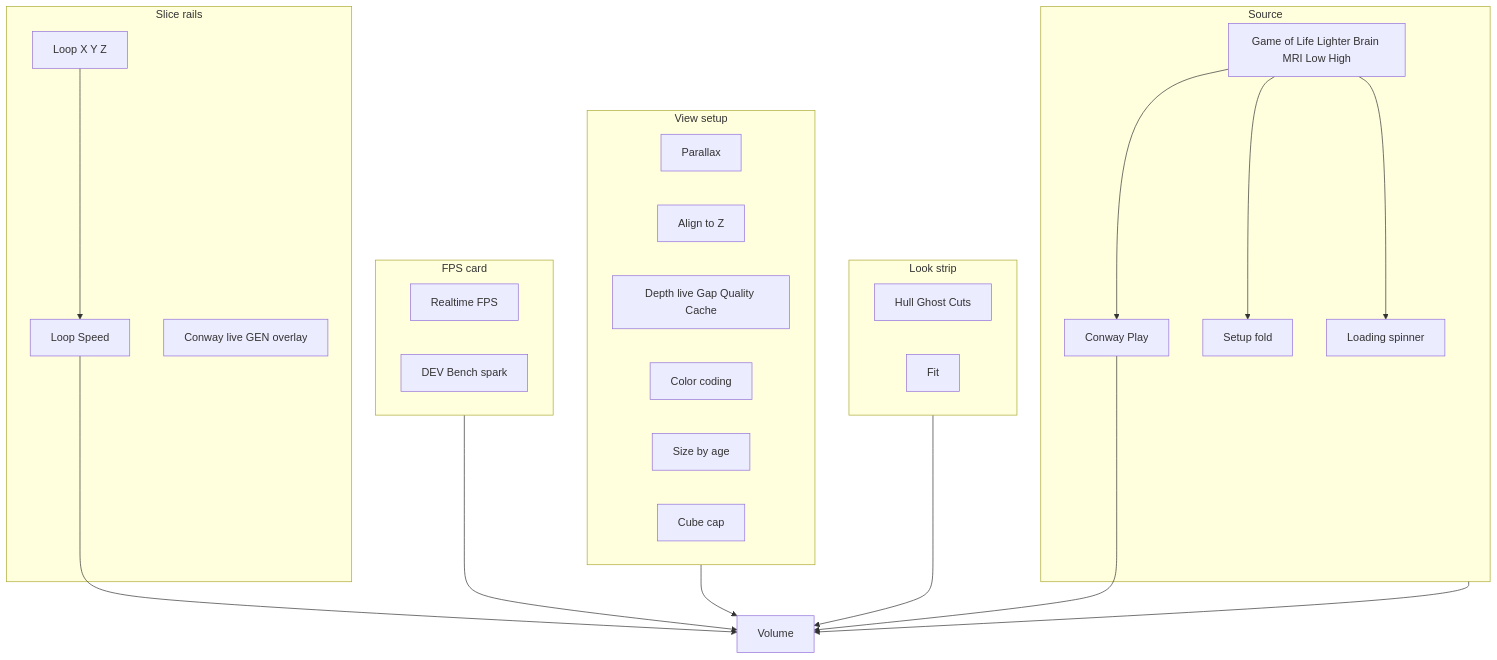
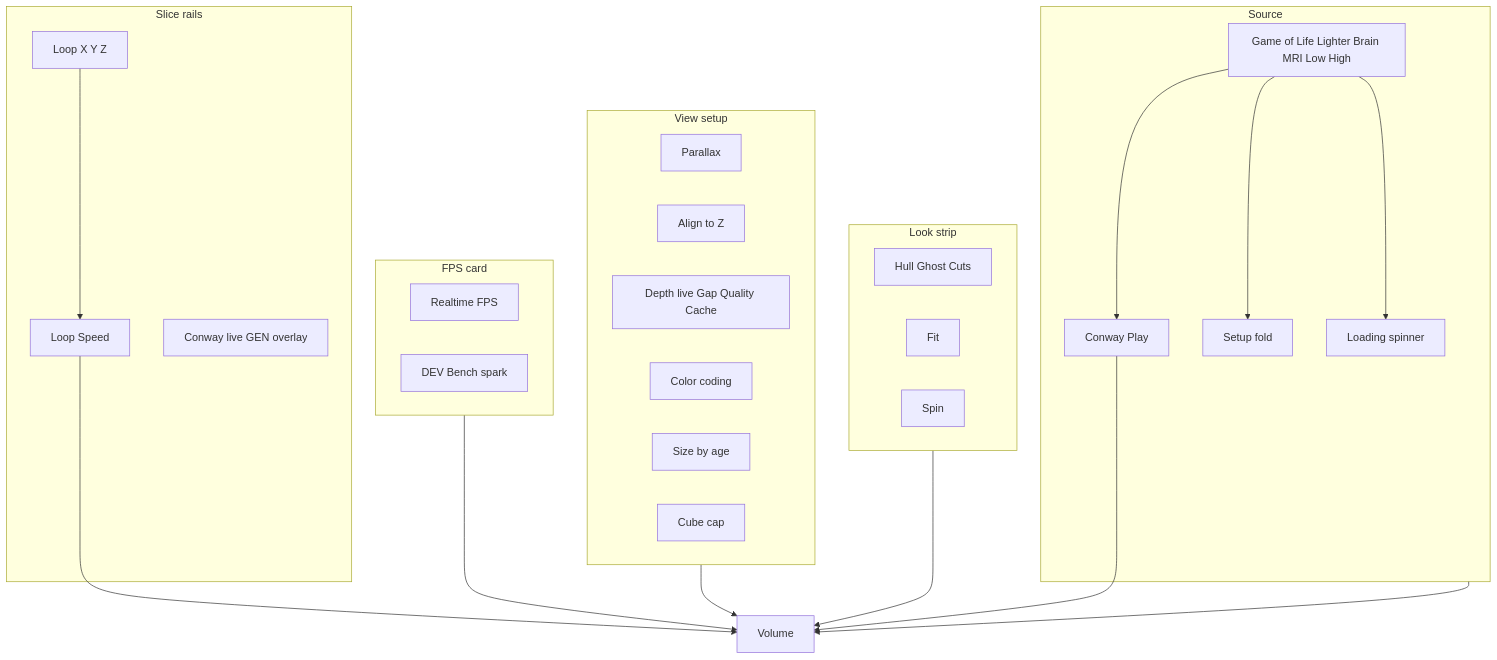
The seventh of 25 diagrams in docs/gui.md (PiMaV/DONNER), drawn with Mermaid before and after one commit. The commit also changed other lines of this file and 41 other files, not shown here.

````diff
--- a/docs/gui.md
+++ b/docs/gui.md
@@ -211,40 +224,41 @@
 ```mermaid
 flowchart TB
   subgraph look [Look strip]
     shade[Hull Ghost Cuts]
     fitBtn[Fit]
+    spinBtn[Spin]
   end
   subgraph view [View setup]
     bird[Parallax]
     align[Align to Z]
     win[Depth live Gap Quality Cache]
     color[Color coding]
     stab[Size by age]
     cap[Cube cap]
   end
   subgraph hud [FPS card]
     fps[Realtime FPS]
     bench[DEV Bench spark]
   end
   subgraph source [Source]
     kind[Game of Life Lighter Brain MRI Low High]
     golPlay[Conway Play]
     setup[Setup fold]
     load[Loading spinner]
   end
   subgraph rails [Slice rails]
     play[Loop Speed]
     axes[Loop X Y Z]
     gen[Conway live GEN overlay]
   end
   look --> volume[Volume]
   view --> volume
   hud --> volume
   play --> volume
   golPlay --> volume
   source --> volume
   kind --> golPlay
   kind --> setup
   kind --> load
   axes --> play
 ```
````
